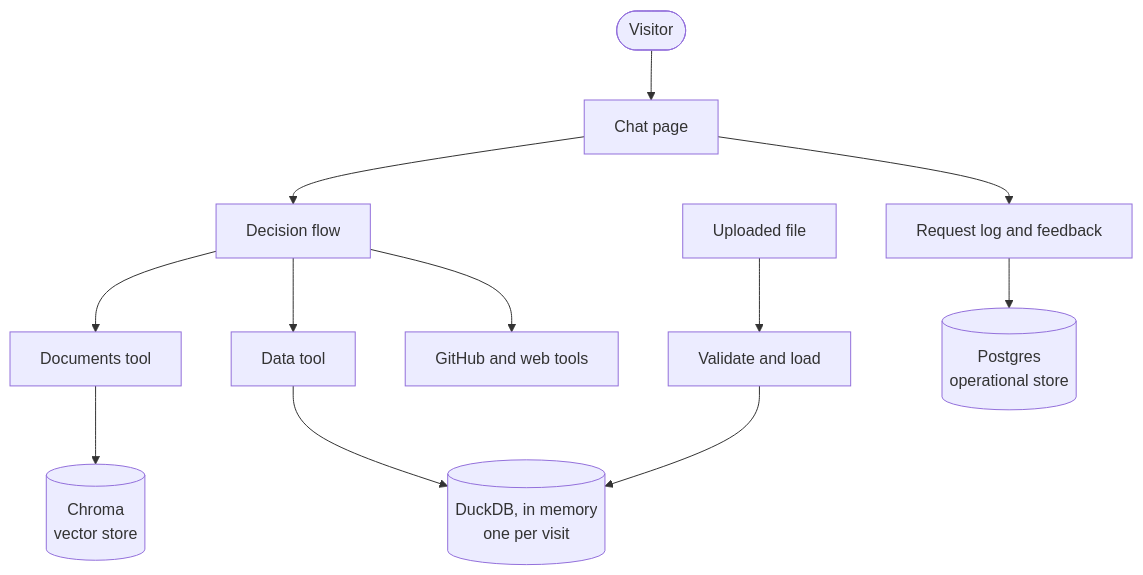
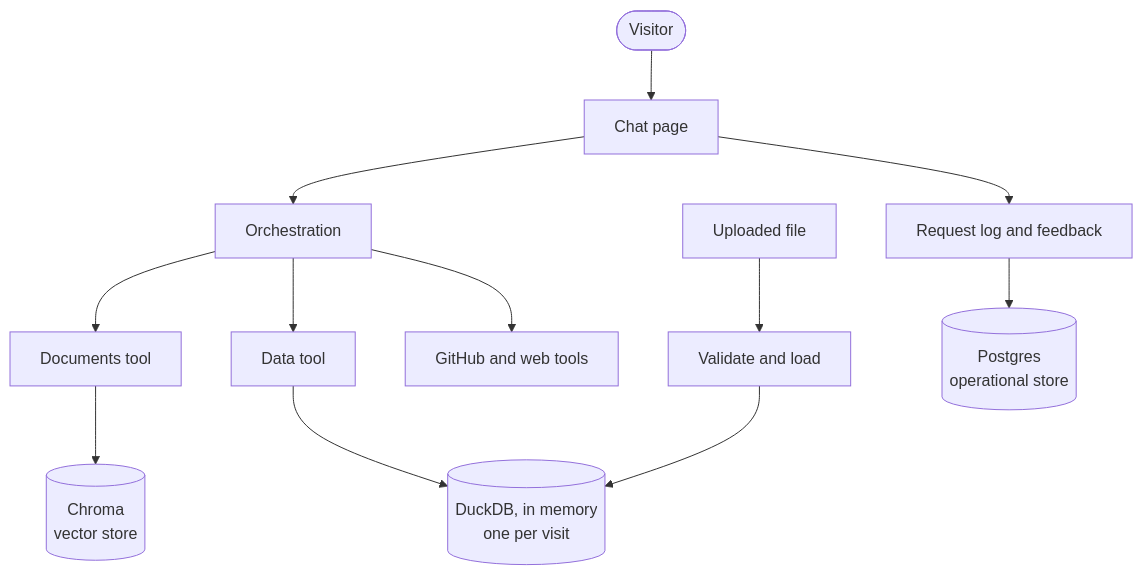
One commit to jcsmei/Claude_Demo changed the first of 2 diagrams in docs/design_v2.md. Above: the diagram before and after it, drawn with Mermaid. The commit also changed other lines of this file and 22 other files, not shown here.

````diff
--- a/docs/design_v2.md
+++ b/docs/design_v2.md
@@ -77,16 +77,16 @@
 ```mermaid
 flowchart TB
     visitor([Visitor]) --> app[Chat page]
-    app --> flow[Decision flow]
+    app --> flow[Orchestration]
 
     flow --> rag[Documents tool]
     flow --> sql[Data tool]
     flow --> other[GitHub and web tools]
 
     rag --> chroma[(Chroma<br/>vector store)]
     sql --> duck[(DuckDB, in memory<br/>one per visit)]
     upload[Uploaded file] --> ingest[Validate and load] --> duck
 
     app --> record[Request log and feedback]
     record --> pg[(Postgres<br/>operational store)]
 ```
````
